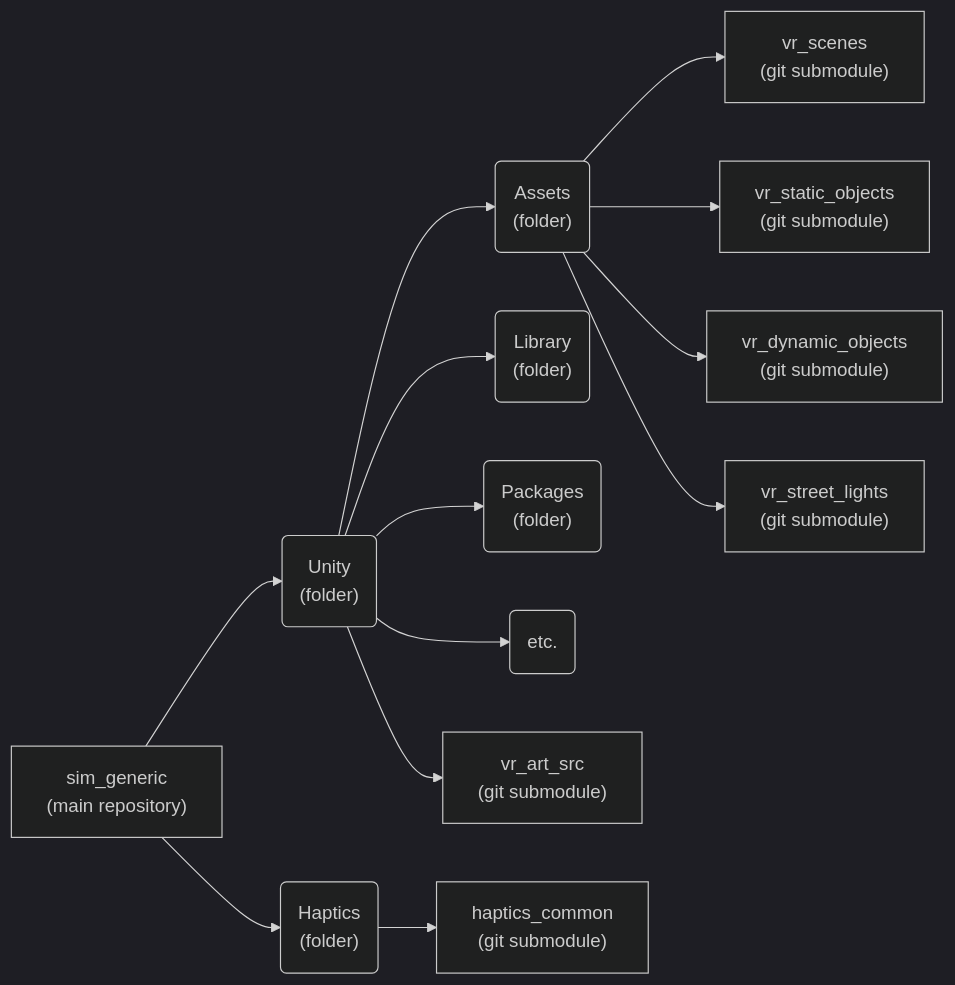
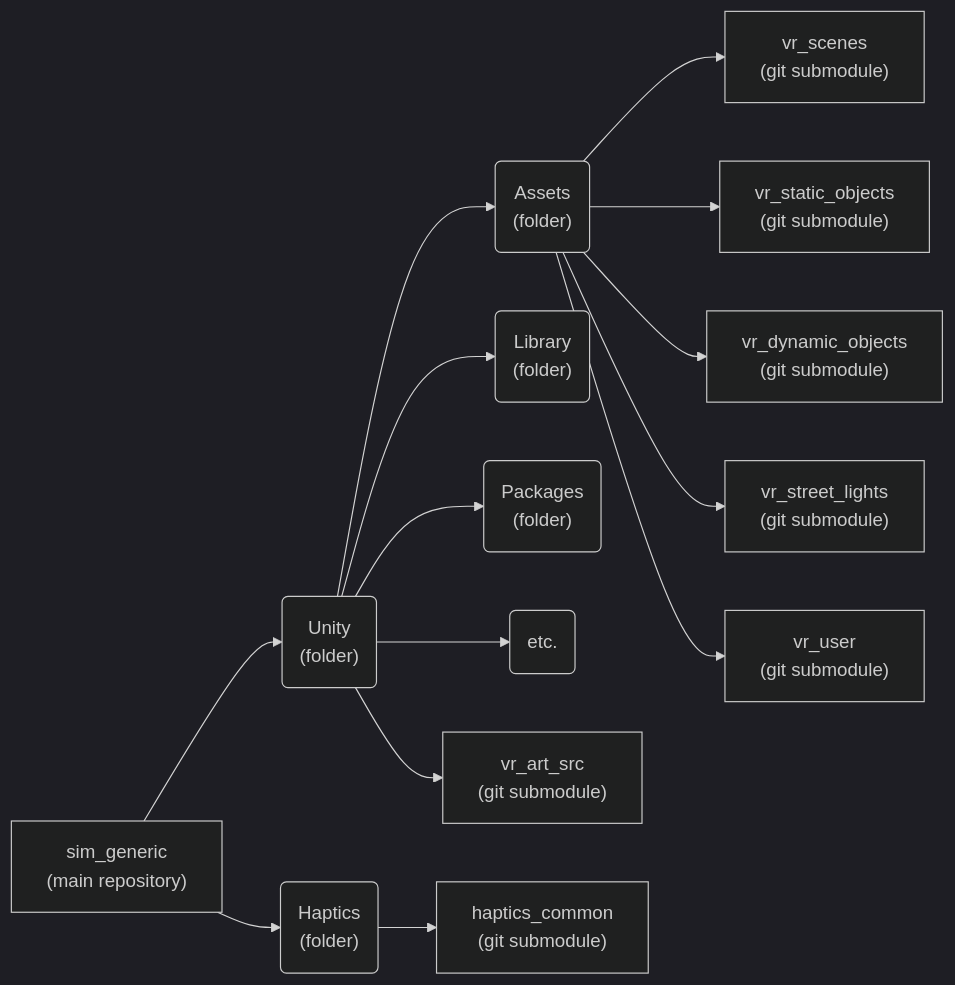
Before and after one commit to WheelSims/wheelsims_doc: the second of 2 diagrams in Overview.md, drawn with Mermaid (dark theme). The commit also changed other lines of this file, not shown here.

Commit message:
Added vr_user in overview

````diff
--- a/Overview.md
+++ b/Overview.md
@@ -43,41 +43,43 @@
 ```mermaid
 flowchart LR
 
 sim_generic["sim_generic<br/>(main repository)"]
 
 unity("Unity<br/>(folder)")
 assets("Assets<br/>(folder)")
 unity2("Library<br/>(folder)")
 unity3("Packages<br/>(folder)")
 unity4("etc.")
 
 vr_scenes["vr_scenes<br/>(git submodule)"]
 vr_static_objects["vr_static_objects<br/>(git submodule)"]
 vr_dynamic_objects["vr_dynamic_objects<br/>(git submodule)"]
 vr_street_lights["vr_street_lights<br/>(git submodule)"]
+vr_user["vr_user<br/>(git submodule)"]
 vr_art_src["vr_art_src<br/>(git submodule)"]
 
 haptics("Haptics<br/>(folder)")
 
 haptics_common["haptics_common<br/>(git submodule)"]
 
 
 sim_generic --> unity
 unity --> assets
 unity --> vr_art_src
 unity --> unity2
 unity --> unity3
 unity --> unity4
 
 assets --> vr_scenes
 assets --> vr_static_objects
 assets --> vr_dynamic_objects
 assets --> vr_street_lights
+assets --> vr_user
 
 
 sim_generic --> haptics
 
 haptics --> haptics_common
 
 
 ```
````
